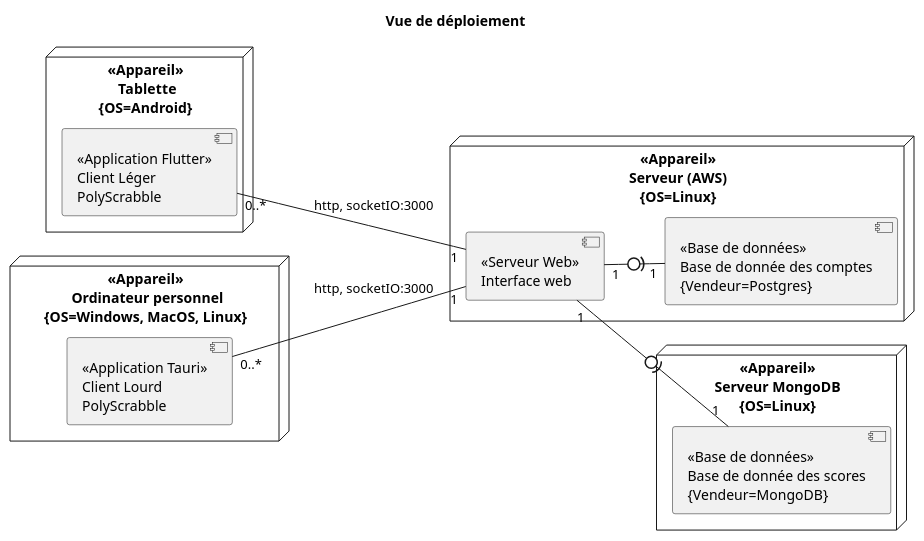
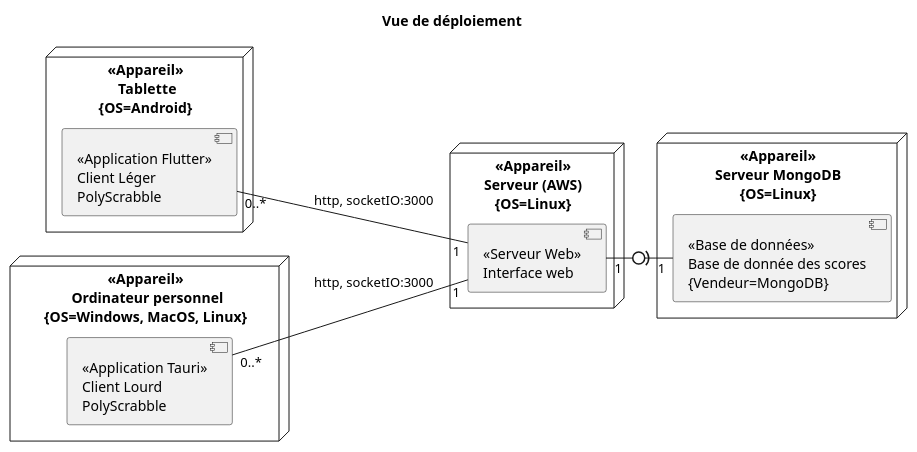
Before and after one commit to yasskadd/Scrabble: the first of 2 diagrams in doc/LOG3900-110_Architecture_Logiciel.md, drawn with PlantUML.

Commit message:
Removed PostGresSQL from deploiement diagram

```diff
--- a/doc/LOG3900-110_Architecture_Logiciel.md
+++ b/doc/LOG3900-110_Architecture_Logiciel.md
@@ -2,31 +2,29 @@
 @startuml
 title "Vue de déploiement"
 left to right direction
 skinparam linetype polyline
 skinparam noteTextAlignment center
 
 node serveur as "<<Appareil>>\nServeur (AWS)\n{OS=Linux}" {
     component serveur_express as "<<Serveur Web>>\nInterface web"
-    component serveur_postgres as "<<Base de données>>\nBase de donnée des comptes\n{Vendeur=Postgres}"
 }
 
 node mongoDB as "<<Appareil>>\nServeur MongoDB\n{OS=Linux}" {
     component serveur_mongoDB as "<<Base de données>>\nBase de donnée des scores\n{Vendeur=MongoDB}"
 }
 
 together {
     node tablet_android as "<<Appareil>>\n Tablette\n{OS=Android}" {
         component client_leger as "<<Application Flutter>>\nClient Léger\nPolyScrabble"
     }
     
     node PC as "<<Appareil>>\n Ordinateur personnel\n{OS=Windows, MacOS, Linux}"{
         component client_lourd as "<<Application Tauri>>\nClient Lourd\nPolyScrabble"
     }
 }
 
-serveur_express "1" -d0)- "1" serveur_postgres
 serveur_express "1" -0)- "1" serveur_mongoDB
 serveur_express "1" -u- "0..*" client_leger : http, socketIO:3000
 serveur_express "1" -- "0..*" client_lourd : http, socketIO:3000
 		
 @enduml
```
